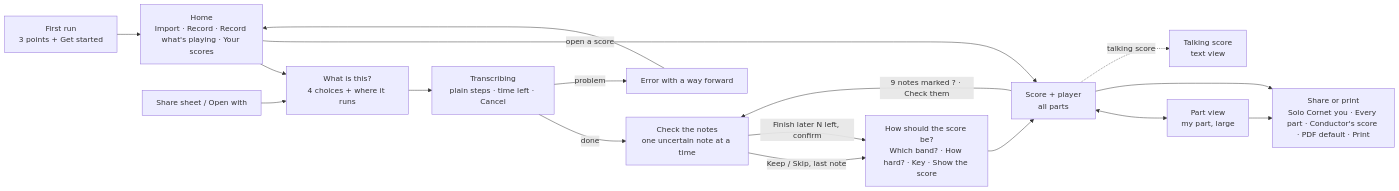
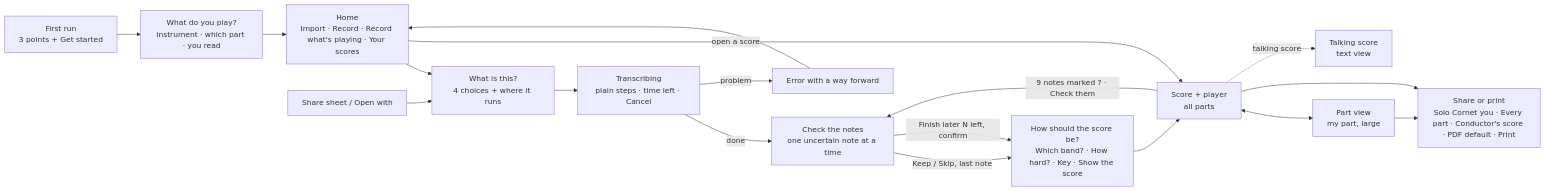
The diagram in design/system.md (181192/brasscribe), drawn with Mermaid before and after one commit. The commit also changed other lines of this file and 14 other files, not shown here.

````diff
--- a/design/system.md
+++ b/design/system.md
@@ -59,19 +59,20 @@
 ```mermaid
 flowchart LR
-  FR[First run<br/>3 points + Get started] --> H
+  FR[First run<br/>3 points + Get started] --> MI[What do you play?<br/>instrument · which part · you read]
+  MI --> H
   H[Home<br/>Import · Record · Record what's playing · Your scores] --> W
   SH[Share sheet / Open with] --> W
   W[What is this?<br/>4 choices + where it runs] --> T
   T[Transcribing<br/>plain steps · time left · Cancel] -->|done| R
   T -->|problem| E[Error with a way forward]
   E --> H
   R[Check the notes<br/>one uncertain note at a time] -->|Keep / Skip, last note| O
   R -->|Finish later N left, confirm| O
   O[How should the score be?<br/>Which band? · How hard? · Key · Show the score] --> S
   S[Score + player<br/>all parts] <--> P[Part view<br/>my part, large]
   S --> X[Share or print<br/>Solo Cornet you · Every part · Conductor's score · PDF default · Print]
   S -->|9 notes marked ? · Check them| R
   P --> X
   H -->|open a score| S
   S -. talking score .-> TS[Talking score<br/>text view]
 ```
````
